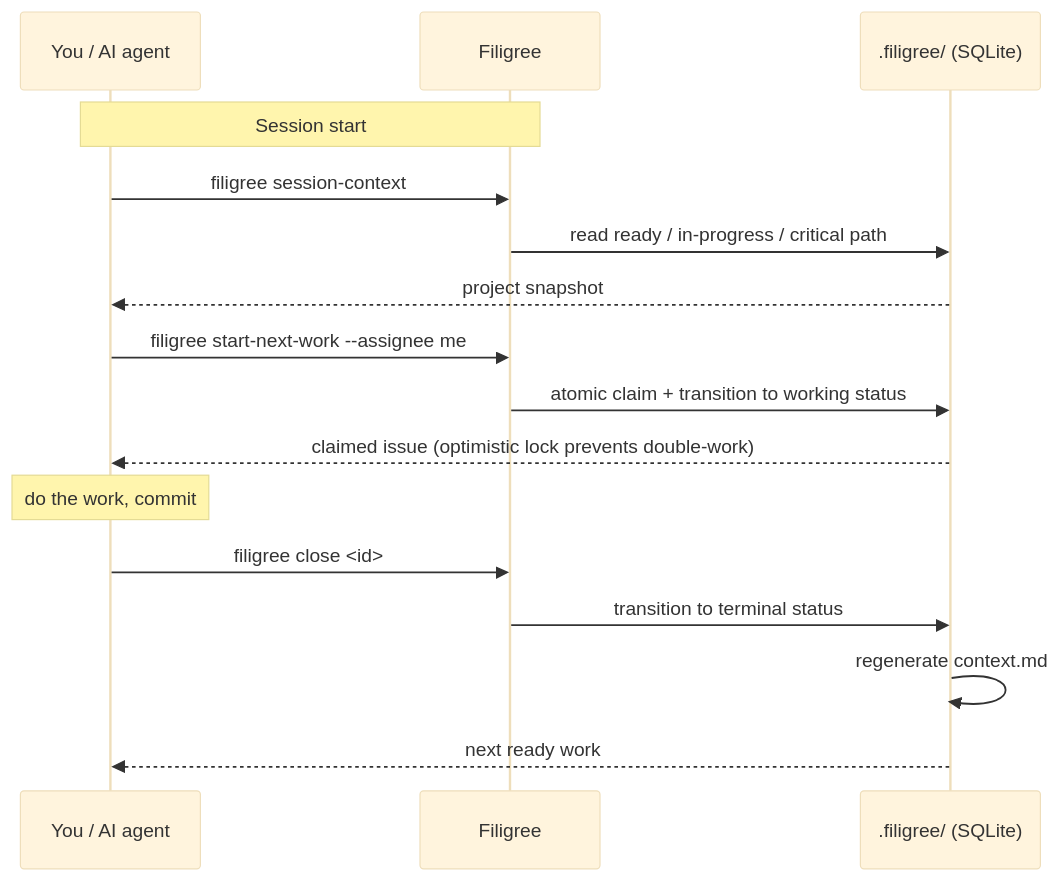
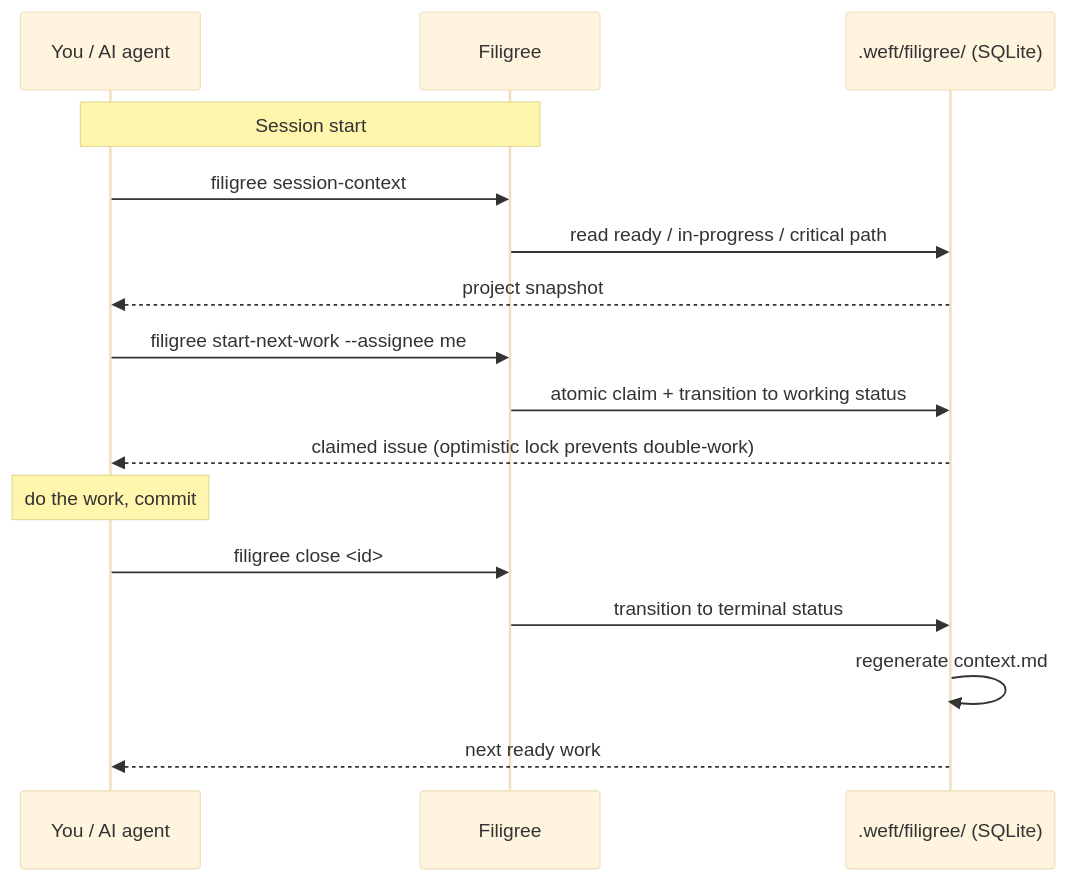
One commit to foundryside-dev/filigree changed the second of 3 diagrams in README.md. Above: the diagram before and after it, drawn with Mermaid (base theme). The commit also changed other lines of this file and 4 other files, not shown here.

````diff
--- a/README.md
+++ b/README.md
@@ -78,22 +78,22 @@
 ```mermaid
 sequenceDiagram
     participant Dev as You / AI agent
     participant Fg as Filigree
-    participant DB as .filigree/ (SQLite)
+    participant DB as .weft/filigree/ (SQLite)
 
     Note over Dev,Fg: Session start
     Dev->>Fg: filigree session-context
     Fg->>DB: read ready / in-progress / critical path
     DB-->>Dev: project snapshot
 
     Dev->>Fg: filigree start-next-work --assignee me
     Fg->>DB: atomic claim + transition to working status
     DB-->>Dev: claimed issue (optimistic lock prevents double-work)
 
     Note over Dev: do the work, commit
 
     Dev->>Fg: filigree close <id>
     Fg->>DB: transition to terminal status
     DB->>DB: regenerate context.md
     DB-->>Dev: next ready work
 ```
````
